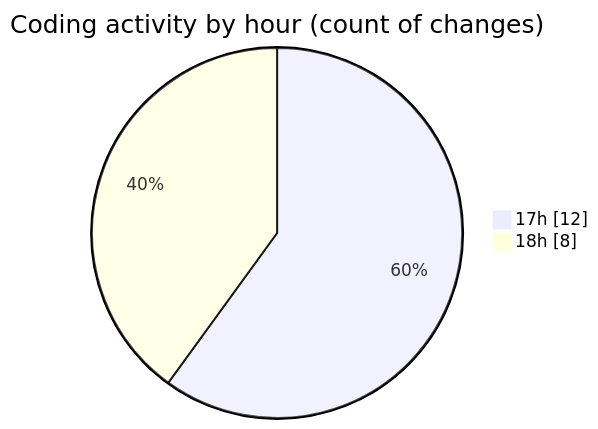
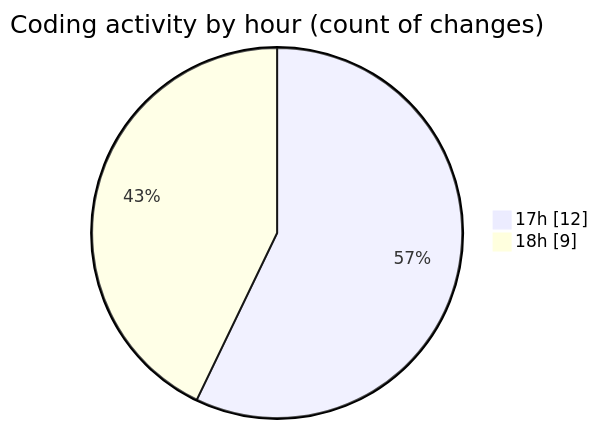
Before and after one commit to donsfak/code-tracking: the second of 2 diagrams in 2025-02-16/uber_clone/README.md, drawn with Mermaid. The commit also changed other lines of this file and 1 other file, not shown here.

````diff
--- a/2025-02-16/uber_clone/README.md
+++ b/2025-02-16/uber_clone/README.md
@@ -39,6 +39,6 @@
 ```mermaid
 pie showData
 title Coding activity by hour (count of changes)
 "17h" : 12
-"18h" : 8
+"18h" : 9
 ```
````
